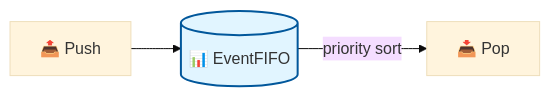
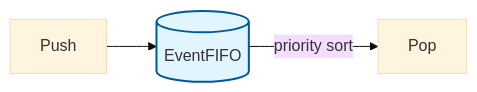
One commit to YearsAlso/zoo-framework-doc changed the first of 5 diagrams in docs/zh/core/fifo.md. Above: the diagram before and after it, drawn with Mermaid (base theme). The commit also changed other lines of this file and 24 other files, not shown here.

First line of the commit message:
docs(site): 站点正式化与内容严肃化，附 bench 报告截图

````diff
--- a/docs/zh/core/fifo.md
+++ b/docs/zh/core/fifo.md
@@ -13,7 +13,7 @@
 ```mermaid
 graph LR
-    A[📤 Push] --> B[(📊 EventFIFO)]
-    B -->|priority sort| C[📥 Pop]
+    A[ Push] --> B[( EventFIFO)]
+    B -->|priority sort| C[ Pop]
     
     style B fill:#e1f5ff,stroke:#01579b,stroke-width:2px
 ```
````
